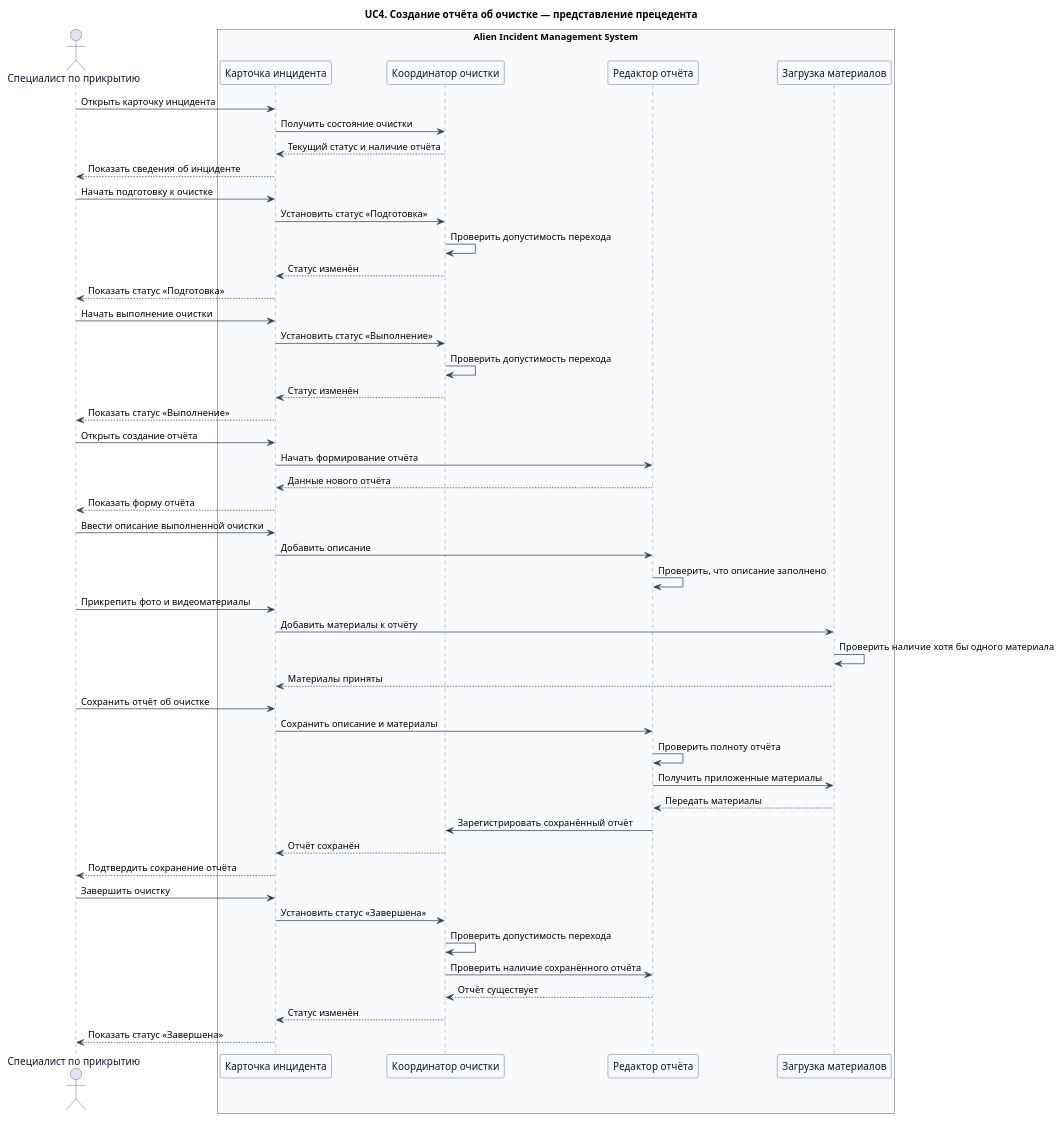
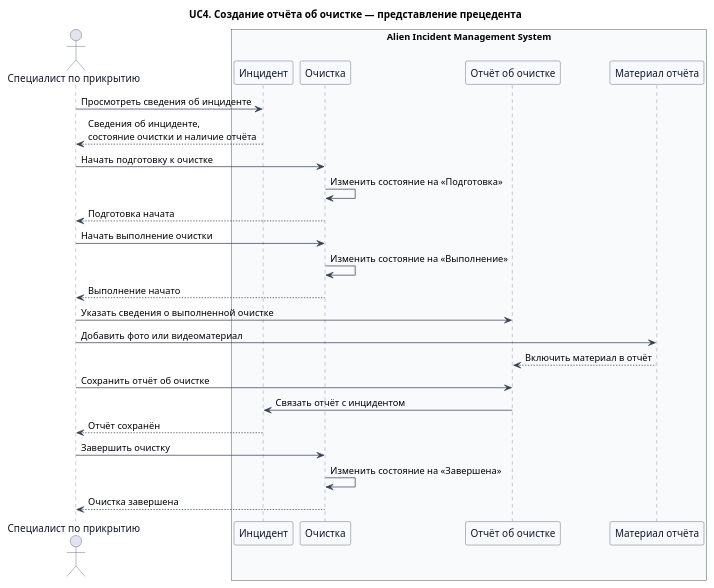
The first of 3 diagrams in docs/sequence/UC4.md (Andryss/AIMS), drawn with PlantUML before and after one commit. The commit also changed other lines of this file, not shown here.

Commit message:
docs: expand UC4 sequence views

````diff
--- a/docs/sequence/UC4.md
+++ b/docs/sequence/UC4.md
@@ -3,74 +3,50 @@
 ```plantuml
 @startuml aims_uc4_sequence_use_case_view
 title UC4. Создание отчёта об очистке — представление прецедента
 scale max 3800 width
 
 skinparam shadowing false
 skinparam sequence {
   ActorBorderColor #334155
   ActorFontColor #0F172A
   LifeLineBorderColor #64748B
   ParticipantBackgroundColor #F7F9FC
   ParticipantBorderColor #334155
   ParticipantFontColor #0F172A
   ArrowColor #334155
 }
 
 actor "Специалист по прикрытию" as Cleaner
 
 box "Alien Incident Management System" #F8FAFC
-  participant "Карточка инцидента" as IncidentCard
-  participant "Координатор очистки" as Cleanup
-  participant "Редактор отчёта" as Report
-  participant "Загрузка материалов" as Materials
+  participant "Инцидент" as Incident
+  participant "Очистка" as Cleanup
+  participant "Отчёт об очистке" as Report
+  participant "Материал отчёта" as Material
 end box
 
-Cleaner -> IncidentCard: Открыть карточку инцидента
-IncidentCard -> Cleanup: Получить состояние очистки
-Cleanup --> IncidentCard: Текущий статус и наличие отчёта
-IncidentCard --> Cleaner: Показать сведения об инциденте
+Cleaner -> Incident: Просмотреть сведения об инциденте
+Incident --> Cleaner: Сведения об инциденте,\nсостояние очистки и наличие отчёта
 
-Cleaner -> IncidentCard: Начать подготовку к очистке
-IncidentCard -> Cleanup: Установить статус «Подготовка»
-Cleanup -> Cleanup: Проверить допустимость перехода
-Cleanup --> IncidentCard: Статус изменён
-IncidentCard --> Cleaner: Показать статус «Подготовка»
+Cleaner -> Cleanup: Начать подготовку к очистке
+Cleanup -> Cleanup: Изменить состояние на «Подготовка»
+Cleanup --> Cleaner: Подготовка начата
 
-Cleaner -> IncidentCard: Начать выполнение очистки
-IncidentCard -> Cleanup: Установить статус «Выполнение»
-Cleanup -> Cleanup: Проверить допустимость перехода
-Cleanup --> IncidentCard: Статус изменён
-IncidentCard --> Cleaner: Показать статус «Выполнение»
+Cleaner -> Cleanup: Начать выполнение очистки
+Cleanup -> Cleanup: Изменить состояние на «Выполнение»
+Cleanup --> Cleaner: Выполнение начато
 
-Cleaner -> IncidentCard: Открыть создание отчёта
-IncidentCard -> Report: Начать формирование отчёта
-Report --> IncidentCard: Данные нового отчёта
-IncidentCard --> Cleaner: Показать форму отчёта
+Cleaner -> Report: Указать сведения о выполненной очистке
 
-Cleaner -> IncidentCard: Ввести описание выполненной очистки
-IncidentCard -> Report: Добавить описание
-Report -> Report: Проверить, что описание заполнено
+Cleaner -> Material: Добавить фото или видеоматериал
+Material --> Report: Включить материал в отчёт
 
-Cleaner -> IncidentCard: Прикрепить фото и видеоматериалы
-IncidentCard -> Materials: Добавить материалы к отчёту
-Materials -> Materials: Проверить наличие хотя бы одного материала
-Materials --> IncidentCard: Материалы приняты
+Cleaner -> Report: Сохранить отчёт об очистке
+Report -> Incident: Связать отчёт с инцидентом
+Incident --> Cleaner: Отчёт сохранён
 
-Cleaner -> IncidentCard: Сохранить отчёт об очистке
-IncidentCard -> Report: Сохранить описание и материалы
-Report -> Report: Проверить полноту отчёта
-Report -> Materials: Получить приложенные материалы
-Materials --> Report: Передать материалы
-Report -> Cleanup: Зарегистрировать сохранённый отчёт
-Cleanup --> IncidentCard: Отчёт сохранён
-IncidentCard --> Cleaner: Подтвердить сохранение отчёта
-
-Cleaner -> IncidentCard: Завершить очистку
-IncidentCard -> Cleanup: Установить статус «Завершена»
-Cleanup -> Cleanup: Проверить допустимость перехода
-Cleanup -> Report: Проверить наличие сохранённого отчёта
-Report --> Cleanup: Отчёт существует
-Cleanup --> IncidentCard: Статус изменён
-IncidentCard --> Cleaner: Показать статус «Завершена»
+Cleaner -> Cleanup: Завершить очистку
+Cleanup -> Cleanup: Изменить состояние на «Завершена»
+Cleanup --> Cleaner: Очистка завершена
 @enduml
 ```
````
